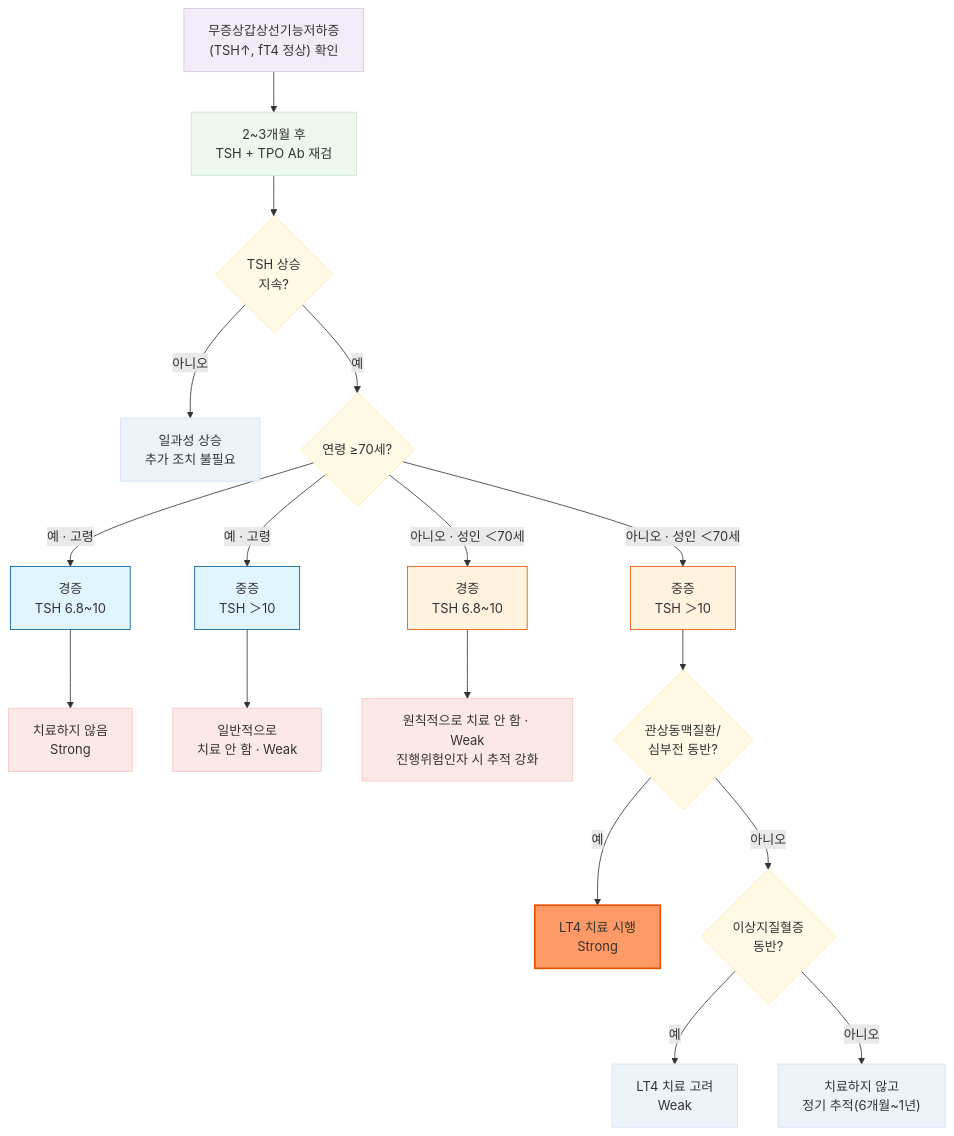
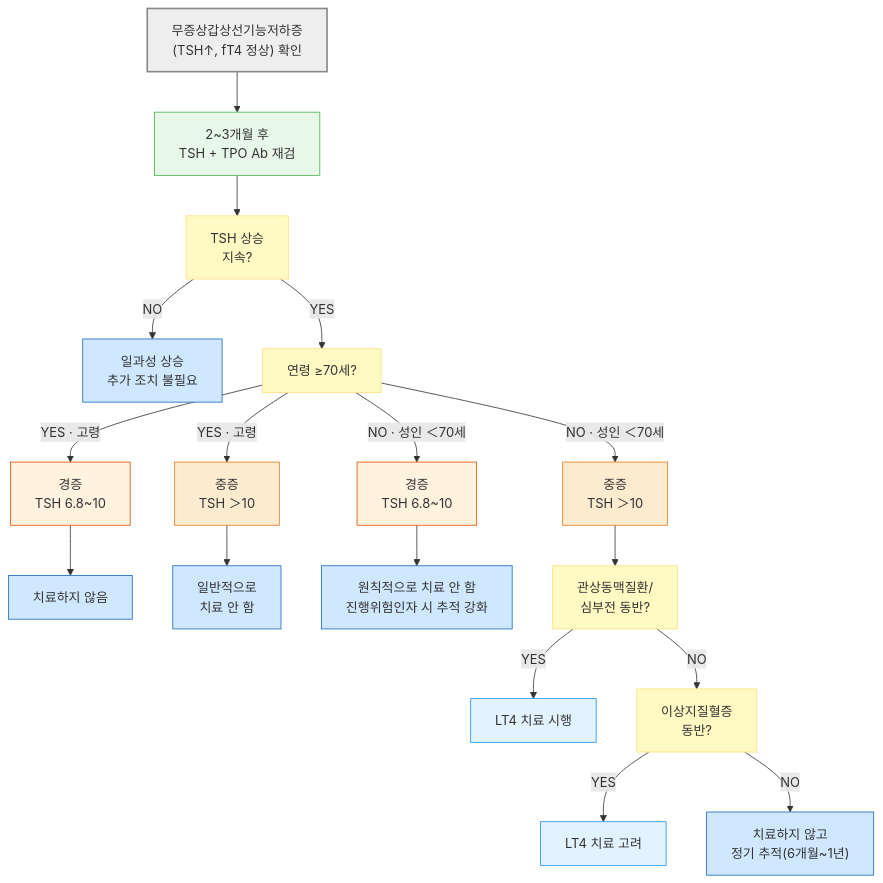
The second of 2 diagrams in 226_/105_-hypothyroidism.md (familyoh77/familyoh77), drawn with Mermaid before and after one commit. The commit also changed other lines of this file, not shown here.

````diff
--- a/226_/105_-hypothyroidism.md
+++ b/226_/105_-hypothyroidism.md
@@ -338,39 +330,32 @@
 ```mermaid
 flowchart TD
     Start["무증상갑상선기능저하증<br>(TSH↑, fT4 정상) 확인"] --> Retest["2~3개월 후<br>TSH + TPO Ab 재검"]
-    Retest --> Persist{"TSH 상승<br>지속?"}
-    Persist -->|아니오| Resolve["일과성 상승<br>추가 조치 불필요"]
-    Persist -->|예| Age{"연령 ≥70세?"}
+    Retest --> Persist["TSH 상승<br>지속?"]
+    Persist -->|NO| Resolve["일과성 상승<br>추가 조치 불필요"]
+    Persist -->|YES| Age["연령 ≥70세?"]
+    Age -->|YES · 고령| ElderlyMild["경증<br>TSH 6.8~10"]
+    Age -->|YES · 고령| ElderlySevere["중증<br>TSH ＞10"]
+    ElderlyMild --> ElderlyMildTx["치료하지 않음"]
+    ElderlySevere --> ElderlySevereTx["일반적으로<br>치료 안 함"]
+    Age -->|NO · 성인 ＜70세| AdultMild["경증<br>TSH 6.8~10"]
+    Age -->|NO · 성인 ＜70세| AdultSevere["중증<br>TSH ＞10"]
+    AdultMild --> AdultMildTx["원칙적으로 치료 안 함<br>진행위험인자 시 추적 강화"]
+    AdultSevere --> CADHF["관상동맥질환/<br>심부전 동반?"]
+    CADHF -->|YES| TxYes["LT4 치료 시행"]
+    CADHF -->|NO| Dyslip["이상지질혈증<br>동반?"]
+    Dyslip -->|YES| TxConsider["LT4 치료 고려"]
+    Dyslip -->|NO| Observe["치료하지 않고<br>정기 추적(6개월~1년)"]
 
-    Age -->|예 · 고령| ElderlyMild["경증<br>TSH 6.8~10"]
-    Age -->|예 · 고령| ElderlySevere["중증<br>TSH ＞10"]
-    ElderlyMild --> ElderlyMildTx["치료하지 않음<br>Strong"]
-    ElderlySevere --> ElderlySevereTx["일반적으로<br>치료 안 함 · Weak"]
-
-    Age -->|아니오 · 성인 ＜70세| AdultMild["경증<br>TSH 6.8~10"]
-    Age -->|아니오 · 성인 ＜70세| AdultSevere["중증<br>TSH ＞10"]
-    AdultMild --> AdultMildTx["원칙적으로 치료 안 함 · Weak<br>진행위험인자 시 추적 강화"]
-    AdultSevere --> CADHF{"관상동맥질환/<br>심부전 동반?"}
-    CADHF -->|예| TxYes["LT4 치료 시행<br>Strong"]
-    CADHF -->|아니오| Dyslip{"이상지질혈증<br>동반?"}
-    Dyslip -->|예| TxConsider["LT4 치료 고려<br>Weak"]
-    Dyslip -->|아니오| Observe["치료하지 않고<br>정기 추적(6개월~1년)"]
-
-    style Start fill:#f1ecf7,stroke:#d3c5e5,stroke-width:1px
-    style Retest fill:#edf7ed,stroke:#cce8cc,stroke-width:1px
-    style Persist fill:#fff9e6,stroke:#ffeaa7,stroke-width:1px
-    style Resolve fill:#edf4f9,stroke:#d0e1f9,stroke-width:1px
-    style Age fill:#fff9e6,stroke:#ffeaa7,stroke-width:1px
-    style ElderlyMild fill:#e1f5fe,stroke:#01579b,stroke-width:1px
-    style ElderlySevere fill:#e1f5fe,stroke:#01579b,stroke-width:1px
-    style ElderlyMildTx fill:#fde8e8,stroke:#fbc4c4,stroke-width:1px
-    style ElderlySevereTx fill:#fde8e8,stroke:#fbc4c4,stroke-width:1px
-    style AdultMild fill:#fff3e0,stroke:#e65100,stroke-width:1px
-    style AdultSevere fill:#fff3e0,stroke:#e65100,stroke-width:1px
-    style AdultMildTx fill:#fde8e8,stroke:#fbc4c4,stroke-width:1px
-    style CADHF fill:#fff9e6,stroke:#ffeaa7,stroke-width:1px
-    style Dyslip fill:#fff9e6,stroke:#ffeaa7,stroke-width:1px
-    style TxYes fill:#f96,stroke:#e65100,stroke-width:2px
-    style TxConsider fill:#edf4f9,stroke:#d0e1f9,stroke-width:1px
-    style Observe fill:#edf4f9,stroke:#d0e1f9,stroke-width:1px
+style Start fill:#eeeeee,stroke:#888888,stroke-width:2px
+classDef yellow fill:#fff9c4,stroke:#ffe082
+class Age,Persist,CADHF,Dyslip yellow
+classDef orange fill:#fdebd0,stroke:#e67e22
+class ElderlySevere,AdultSevere orange
+classDef orange50 fill:#fff3e0,stroke:#e65100
+class AdultMild,ElderlyMild orange50
+classDef sky fill:#e3f2ff,stroke:#2196f3
+class TxConsider,TxYes sky
+classDef blue fill:#d0e8ff,stroke:#1a6abf
+class Resolve,ElderlyMildTx,ElderlySevereTx,AdultMildTx,Observe blue
+style Retest fill:#e8f8e8,stroke:#4caf50
 ```
````
